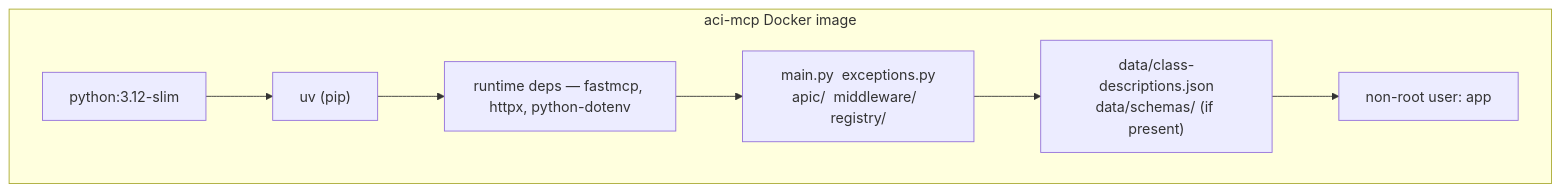
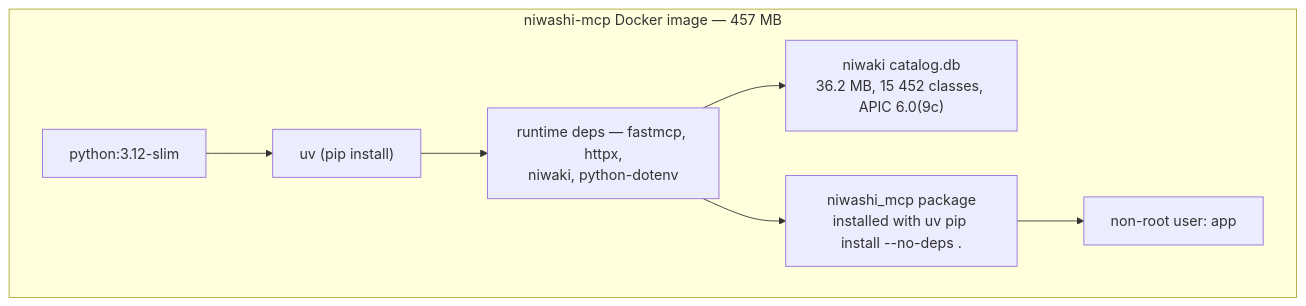
One commit to k3l0-dev/aci-mcp changed the diagram in docs/getting-started/docker.md. Above: the diagram before and after it, drawn with Mermaid. The commit also changed other lines of this file and 27 other files, not shown here.

````diff
--- a/docs/getting-started/docker.md
+++ b/docs/getting-started/docker.md
@@ -19,13 +23,14 @@
 ```mermaid
 graph TD
-    subgraph image["aci-mcp Docker image"]
+    subgraph image["niwashi-mcp Docker image — 457 MB"]
         base["python:3.12-slim"]
-        uv["uv (pip)"]
-        deps["runtime deps — fastmcp, httpx, python-dotenv"]
-        src["main.py  exceptions.py\napic/  middleware/  registry/"]
-        data["data/class-descriptions.json\ndata/schemas/ (if present)"]
+        uv["uv (pip install)"]
+        deps["runtime deps — fastmcp, httpx,\nniwaki, python-dotenv"]
+        cat["niwaki catalog.db\n36.2 MB, 15 452 classes, APIC 6.0(9c)"]
+        src["niwashi_mcp package\ninstalled with uv pip install --no-deps ."]
         user["non-root user: app"]
     end
 
-    base --> uv --> deps --> src --> data --> user
+    base --> uv --> deps --> cat
+    deps --> src --> user
 ```
````
